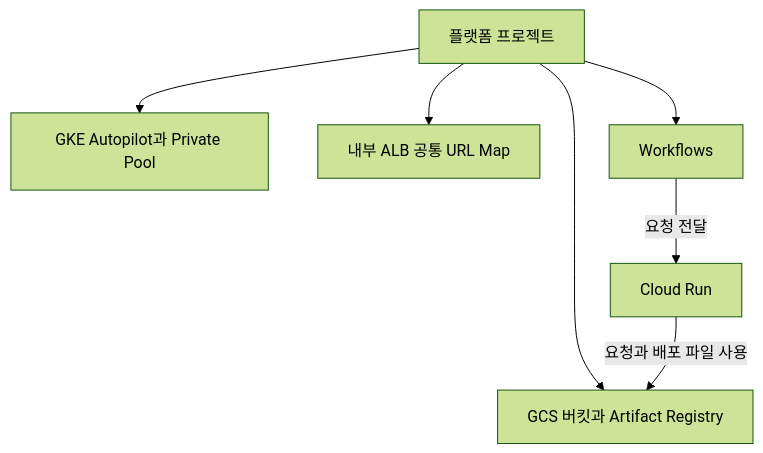
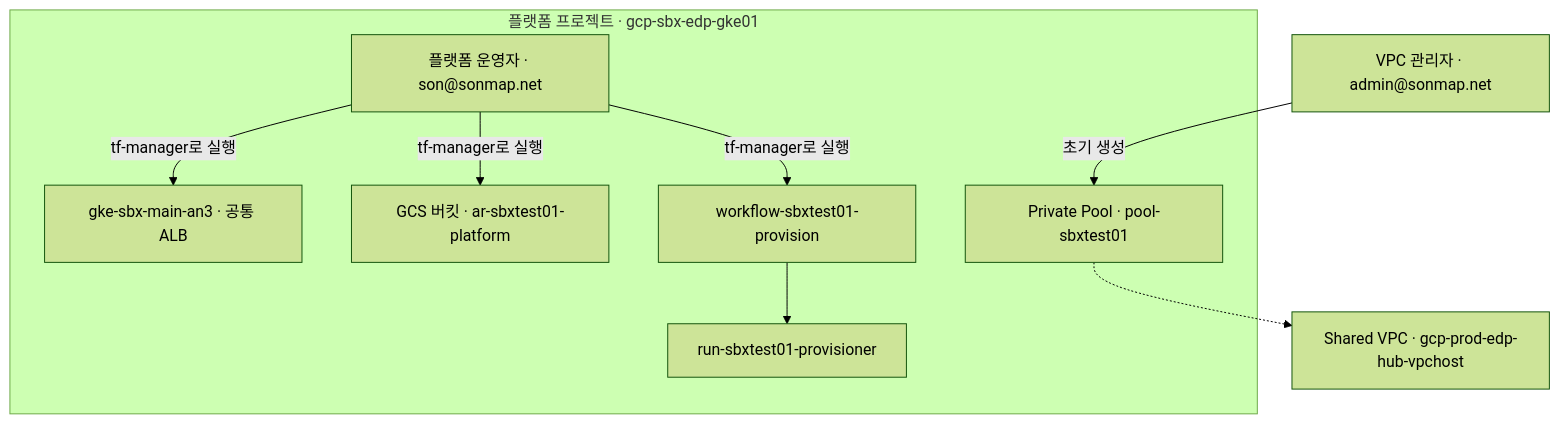
Before and after one commit to sonmap/GCP_SBX_Test01: the third of 7 diagrams in 01.docs/01-infra-setup.md, drawn with Mermaid (forest theme). The commit also changed other lines of this file, not shown here.

Commit message:
Show project boundaries, resource names and operator roles in infrastructure diagrams

````diff
--- a/01.docs/01-infra-setup.md
+++ b/01.docs/01-infra-setup.md
@@ -312,10 +317,12 @@
 ```mermaid
 flowchart TD
-    P["플랫폼 프로젝트"]
-    P --> G["GKE Autopilot과 Private Pool"]
-    P --> S["GCS 버킷과 Artifact Registry"]
-    P --> A["내부 ALB 공통 URL Map"]
-    P --> W["Workflows"]
-    W -->|요청 전달| R["Cloud Run"]
-    R -->|요청과 배포 파일 사용| S
+    subgraph P["플랫폼 프로젝트 · gcp-sbx-edp-gke01"]
+      O["플랫폼 운영자 · son@sonmap.net"] -->|tf-manager로 실행| G["gke-sbx-main-an3 · 공통 ALB"]
+      O -->|tf-manager로 실행| S["GCS 버킷 · ar-sbxtest01-platform"]
+      O -->|tf-manager로 실행| W["workflow-sbxtest01-provision"]
+      W --> R["run-sbxtest01-provisioner"]
+      B["Private Pool · pool-sbxtest01"]
+    end
+    V["VPC 관리자 · admin@sonmap.net"] -->|초기 생성| B
+    B -.-> H["Shared VPC · gcp-prod-edp-hub-vpchost"]
 ```
````
